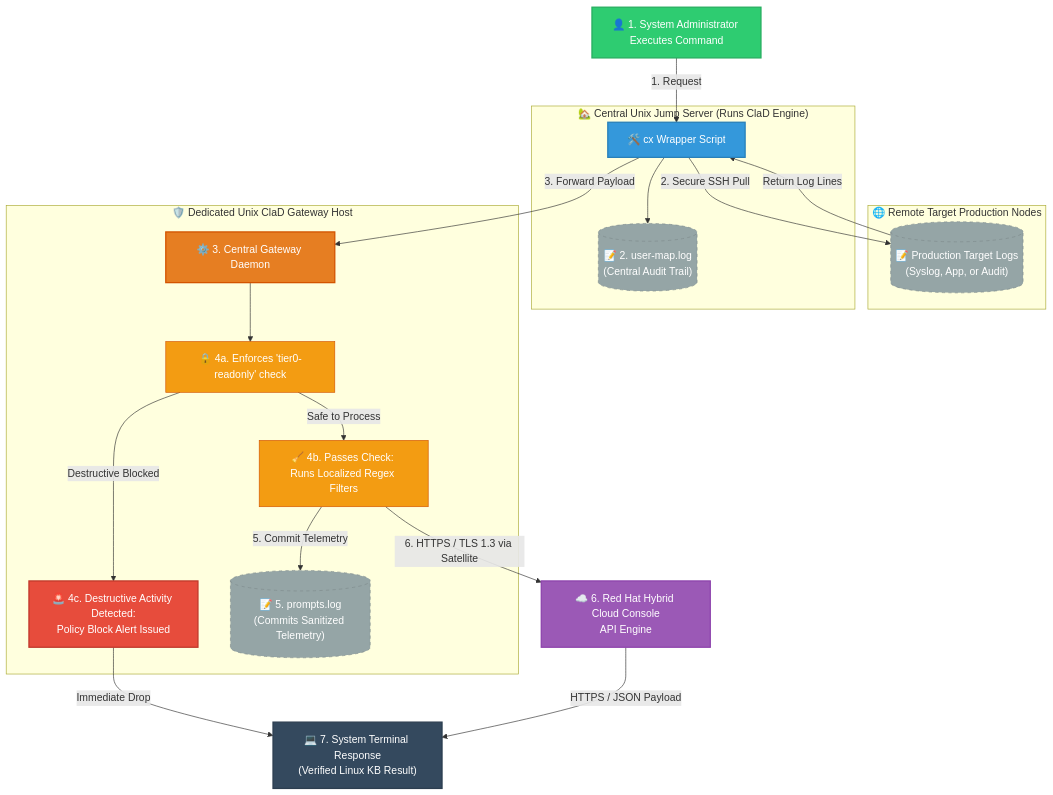
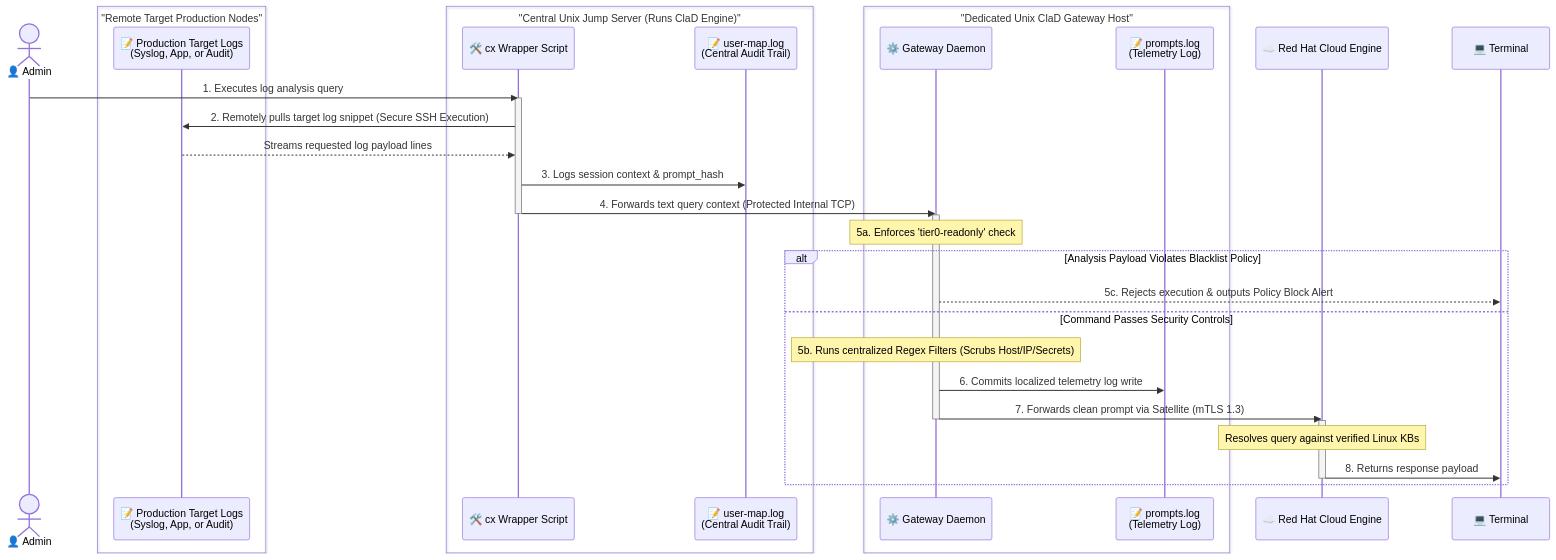
Before and after one commit to kumarj04/cla-gateway: the diagram in future-arch.md, drawn with Mermaid.

Commit message:
Revise mermaid diagram for workflow clarity
Updated the mermaid diagram to reflect changes in the workflow and node definitions.

````diff
--- a/future-arch.md
+++ b/future-arch.md
@@ -1,60 +1,49 @@
 ```mermaid
-graph TD
-    %% Styling definitions
-    classDef user fill:#2ecc71,stroke:#27ae60,stroke-width:2px,color:#fff;
-    classDef local fill:#3498db,stroke:#2980b9,stroke-width:2px,color:#fff;
-    classDef daemon fill:#e67e22,stroke:#d35400,stroke-width:2px,color:#fff;
-    classDef subEngine fill:#f39c12,stroke:#d35400,stroke-width:1px,color:#fff;
-    classDef cloud fill:#9b59b6,stroke:#8e44ad,stroke-width:2px,color:#fff;
-    classDef terminal fill:#34495e,stroke:#2c3e50,stroke-width:2px,color:#fff;
-    classDef log fill:#95a5a6,stroke:#7f8c8d,stroke-width:1px,color:#fff,stroke-dasharray: 5 5;
-    classDef alert fill:#e74c3c,stroke:#c0392b,stroke-width:2px,color:#fff;
-
-    %% Workflow Nodes
-    Admin[👤 1. System Administrator Executes Command]:::user
+sequenceDiagram
+    actor Admin as 👤 Admin
     
-    subgraph TargetFleet ["🌐 Remote Target Production Nodes"]
-        NodeLog[("📝 Production Target Logs<br>(Syslog, App, or Audit)")]:::log
-    end
-
-    subgraph JumpServer ["🏡 Central Unix Jump Server (Runs ClaD Engine)"]
-        Wrapper["🛠️ cx Wrapper Script"]:::local
-        UserLog[("📝 2. user-map.log<br>(Central Audit Trail)")]:::log
+    box "Remote Target Production Nodes"
+        participant NodeLog as 📝 Production Target Logs<br>(Syslog, App, or Audit)
     end
     
-    subgraph GatewayHost ["🛡️ Dedicated Unix ClaD Gateway Host"]
-        Daemon["⚙️ 3. Central Gateway Daemon"]:::daemon
-        Check1["🔒 4a. Enforces 'tier0-readonly' check"]:::subEngine
-        Check2["🧹 4b. Passes Check: Runs Localized Regex Filters"]:::subEngine
-        FailBlock["🚨 4c. Destructive Activity Detected:<br>Policy Block Alert Issued"]:::alert
-        PromptLog[("📝 5. prompts.log<br>(Commits Sanitized Telemetry)")]:::log
+    box "Central Unix Jump Server (Runs ClaD Engine)"
+        participant Wrapper as 🛠️ cx Wrapper Script
+        participant Log1 as 📝 user-map.log<br>(Central Audit Trail)
     end
+    
+    box "Dedicated Unix ClaD Gateway Host"
+        participant Daemon as ⚙️ Gateway Daemon
+        participant Log2 as 📝 prompts.log<br>(Telemetry Log)
+    end
+    
+    participant Cloud as ☁️ Red Hat Cloud Engine
+    participant Term as 💻 Terminal
 
-    RHCloud["☁️ 6. Red Hat Hybrid Cloud Console<br>API Engine"]:::cloud
-    Response["💻 7. System Terminal Response<br>(Verified Linux KB Result)"]:::terminal
-
-    %% Top Spine Flow
-    Admin -->|1. Request| Wrapper
+    Admin->>Wrapper: 1. Executes log analysis query
+    activate Wrapper
     
-    %% Automated Remote Pull
-    Wrapper -->|2. Secure SSH Pull| NodeLog
-    NodeLog -->|Return Log Lines| Wrapper
+    %% Remote Pull Steps
+    Wrapper->>NodeLog: 2. Remotely pulls target log snippet (Secure SSH Execution)
+    NodeLog-->>Wrapper: Streams requested log payload lines
     
-    Wrapper --> UserLog
-    Wrapper -->|3. Forward Payload| Daemon
-    Daemon --> Check1
+    Wrapper->>Log1: 3. Logs session context & prompt_hash
+    Wrapper->>Daemon: 4. Forwards text query context (Protected Internal TCP)
+    deactivate Wrapper
     
-    %% Split Branches
-    Check1 -->|Destructive Blocked| FailBlock
-    Check1 -->|Safe to Process| Check2
+    activate Daemon
+    Note over Daemon: 5a. Enforces 'tier0-readonly' check
     
-    %% Left Side Drop For Blocked Execution
-    FailBlock -->|Immediate Drop| Response
-    
-    %% Right Side Outputs
-    Check2 -->|5. Commit Telemetry| PromptLog
-    Check2 -->|6. HTTPS / TLS 1.3 via Satellite| RHCloud
-    
-    %% Final Resolution Path
-    RHCloud -->|HTTPS / JSON Payload| Response
+    alt Analysis Payload Violates Blacklist Policy
+        Daemon-->>Term: 5c. Rejects execution & outputs Policy Block Alert
+    else Command Passes Security Controls
+        Note over Daemon: 5b. Runs centralized Regex Filters (Scrubs Host/IP/Secrets)
+        Daemon->>Log2: 6. Commits localized telemetry log write
+        Daemon->>Cloud: 7. Forwards clean prompt via Satellite (mTLS 1.3)
+        deactivate Daemon
+        
+        activate Cloud
+        Note over Cloud: Resolves query against verified Linux KBs
+        Cloud->>Term: 8. Returns response payload
+        deactivate Cloud
+    end
 ```
````
